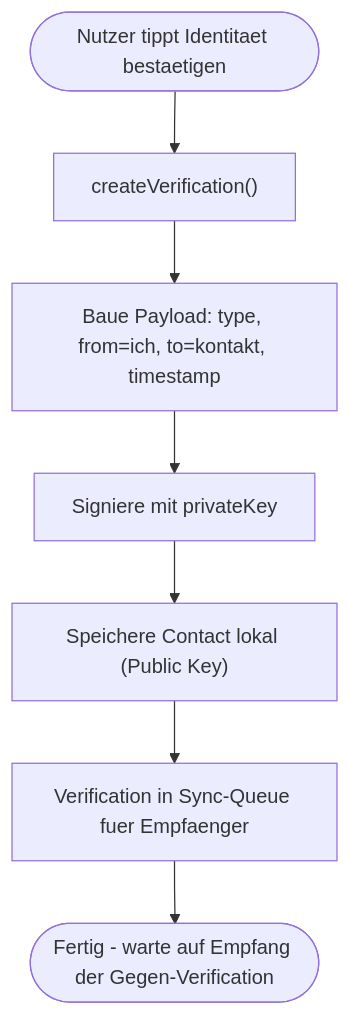
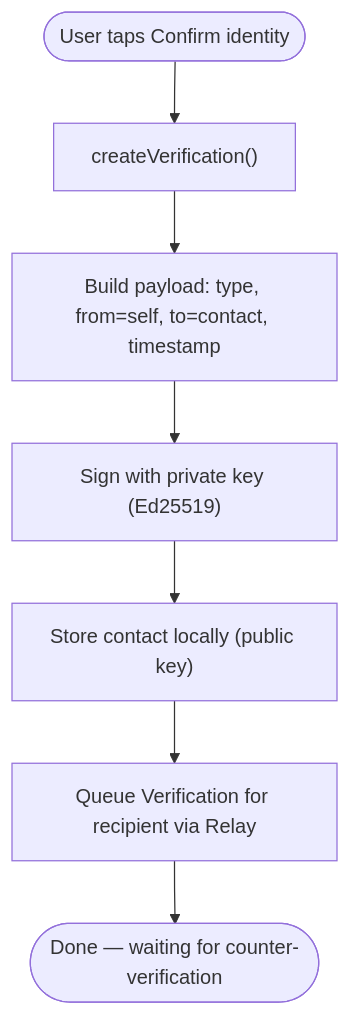
One commit to IT4Change/web-of-trust changed the fourth of 8 diagrams in docs/flows/02-verification-technical.md. Above: the diagram before and after it, drawn with Mermaid. The commit also changed other lines of this file and 6 other files, not shown here.

````diff
--- a/docs/flows/02-verification-technical.md
+++ b/docs/flows/02-verification-technical.md
@@ -155,14 +157,14 @@
 ```mermaid
 flowchart TD
-    Start(["Nutzer tippt Identitaet bestaetigen"]) --> CreateVerif["createVerification()"]
+    Start(["User taps Confirm identity"]) --> CreateVerif["createVerification()"]
 
-    CreateVerif --> BuildPayload["Baue Payload: type, from=ich, to=kontakt, timestamp"]
+    CreateVerif --> BuildPayload["Build payload: type, from=self, to=contact, timestamp"]
 
-    BuildPayload --> Sign["Signiere mit privateKey"]
+    BuildPayload --> Sign["Sign with private key (Ed25519)"]
 
-    Sign --> StoreContact["Speichere Contact lokal (Public Key)"]
+    Sign --> StoreContact["Store contact locally (public key)"]
 
-    StoreContact --> Queue["Verification in Sync-Queue fuer Empfaenger"]
+    StoreContact --> Queue["Queue Verification for recipient via Relay"]
 
-    Queue --> End(["Fertig - warte auf Empfang der Gegen-Verification"])
+    Queue --> End(["Done — waiting for counter-verification"])
 ```
````
